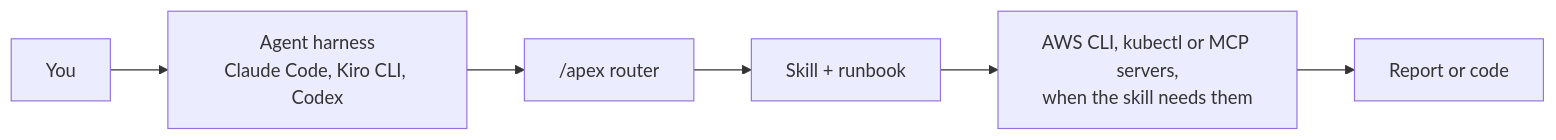
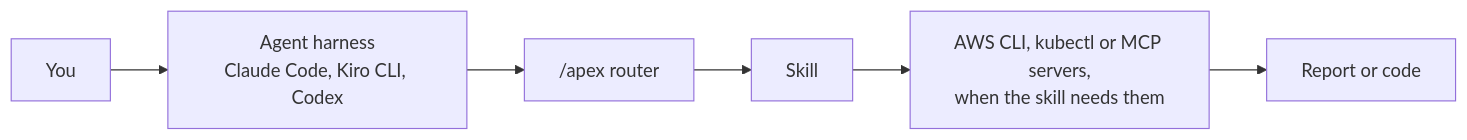
The diagram in README.md (aws-samples/sample-apex-skills), drawn with Mermaid before and after one commit. The commit also changed other lines of this file and 40 other files, not shown here.

````diff
--- a/README.md
+++ b/README.md
@@ -75,8 +75,8 @@
 ```mermaid
 flowchart LR
   U[You] --> H[Agent harness<br/>Claude Code, Kiro CLI, Codex]
   H --> R["/apex router"]
-  R --> S[Skill + runbook]
+  R --> S[Skill]
   S --> T["AWS CLI, kubectl or MCP servers,<br/>when the skill needs them"]
   T --> O[Report or code]
 ```
````
